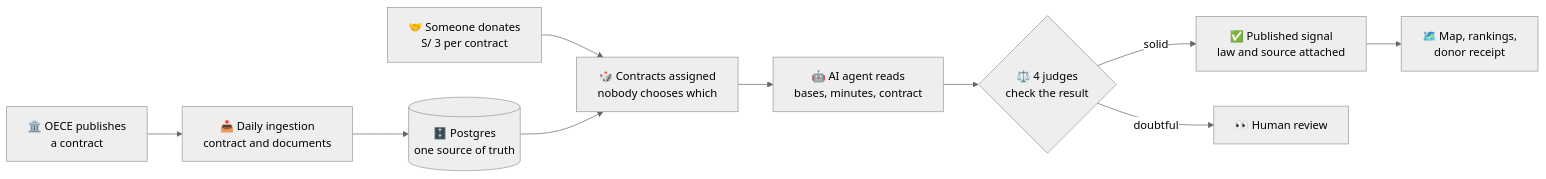
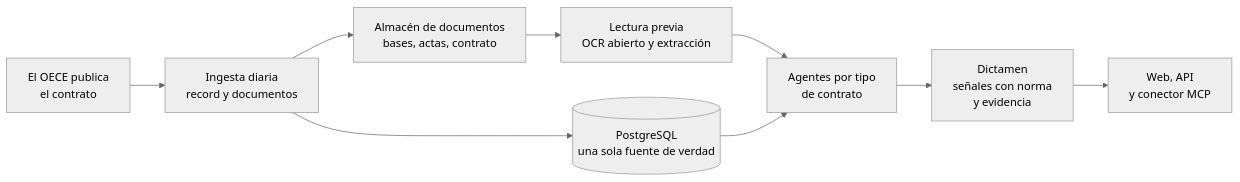
The diagram in README.md (EdwinSotto123/vigia-peru), drawn with Mermaid (neutral theme) before and after one commit. The commit also changed other lines of this file and 4 other files, not shown here.

````diff
--- a/README.md
+++ b/README.md
@@ -93,12 +48,11 @@
 ```mermaid
 flowchart LR
-    A["🏛️ OECE publishes<br/>a contract"] --> B["📥 Daily ingestion<br/>contract and documents"]
-    B --> C[("🗄️ Postgres<br/>one source of truth")]
-    D["🤝 Someone donates<br/>S/ 3 per contract"] --> E["🎲 Contracts assigned<br/>nobody chooses which"]
-    C --> E
-    E --> F["🤖 AI agent reads<br/>bases, minutes, contract"]
-    F --> G{"⚖️ 4 judges<br/>check the result"}
-    G -->|solid| H["✅ Published signal<br/>law and source attached"]
-    G -->|doubtful| I["👀 Human review"]
-    H --> J["🗺️ Map, rankings,<br/>donor receipt"]
+    A["El OECE publica<br/>el contrato"] --> B["Ingesta diaria<br/>record y documentos"]
+    B --> C[("PostgreSQL<br/>una sola fuente de verdad")]
+    B --> D["Almacén de documentos<br/>bases, actas, contrato"]
+    D --> E["Lectura previa<br/>OCR abierto y extracción"]
+    E --> F["Agentes por tipo<br/>de contrato"]
+    C --> F
+    F --> G["Dictamen<br/>señales con norma<br/>y evidencia"]
+    G --> H["Web, API<br/>y conector MCP"]
 ```
````
